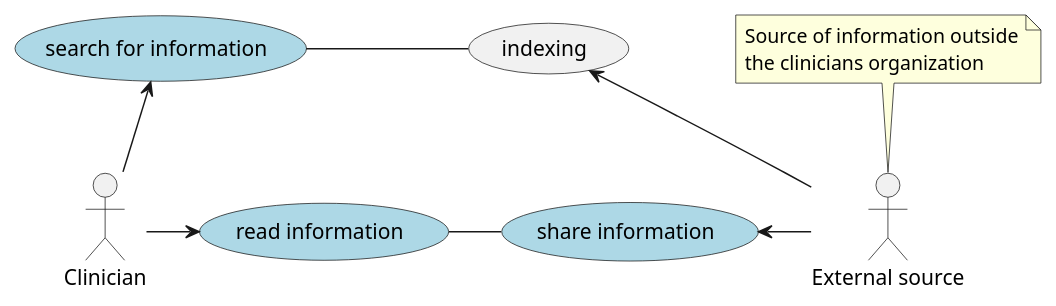
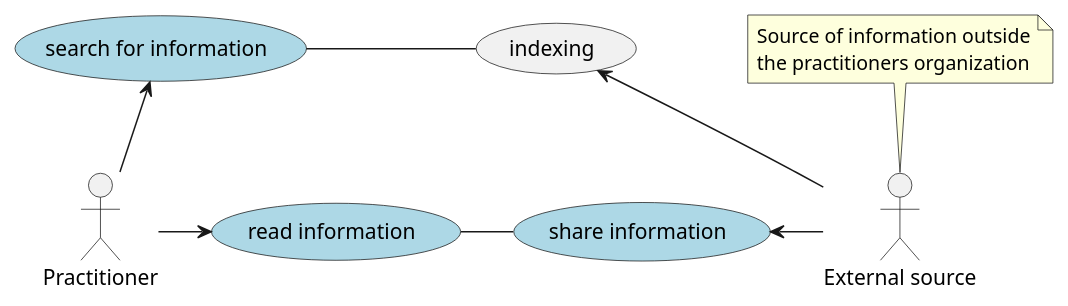
One commit to HL7Norway/no-domain changed the diagram in VitalSigns/input/images-source/main-use-case.plantuml. Above: the diagram before and after it, drawn with PlantUML.

Commit message:
Pracitioner in use-case

```diff
--- a/VitalSigns/input/images-source/main-use-case.plantuml
+++ b/VitalSigns/input/images-source/main-use-case.plantuml
@@ -1,53 +1,53 @@
 @startuml
 
 'note "Vitale parametere" as app
 'note "Presentert av applikasjon" as presentasjon
 'note "Assistanse for dokumentasjon\nog koding fra applikasjon" as dokumentasjon
-note "Source of information outside\nthe clinicians organization" as source
+note "Source of information outside\nthe practitioners organization" as source
 
-"Clinician" as kliniker
+"Practitioner" as kliniker
 
 'rectangle "test" as rect {
 "search for information" as (soke) #lightblue
 "indexing" as (indeksere)
 "read information" as (lese) #lightblue
 "share information" as (dele) #lightblue
 
 '(soke) -down[hidden]- (lese)
 '(indeksere) -down[hidden]- (dele)
 "External source" as applikasjon
 applikasjon -left-> indeksere
 applikasjon -left-> dele
 dele -left- lese
 indeksere -left- soke
 source -down- applikasjon
 '}
 'actor "Pasient" as pasient 
 '[API] as api
 '"skrive informasjon" as (skrive) #lightblue
 
 'kliniker -[hidden]right- api
 'api -[hidden]right- pasient
 
 kliniker -up-> soke
 'søke <-down- pasient
 
 kliniker -right-> (lese)
 '(lese) <-right- pasient
 'kliniker -down-> (skrive)
 
 'pasient -left-> lese
 'pasient -[hidden]left-> skrive
 'pasient -down-> skrive
 
 '(søke) -down- app
 'app -down- (lese)
 '(lese) -right- app
 'app -down- pasient
 'skrive -down- dokumentasjon
 'lese -down- presentasjon
 
 'api .up. lese
 'api .down. skrive
 
 @enduml
```
